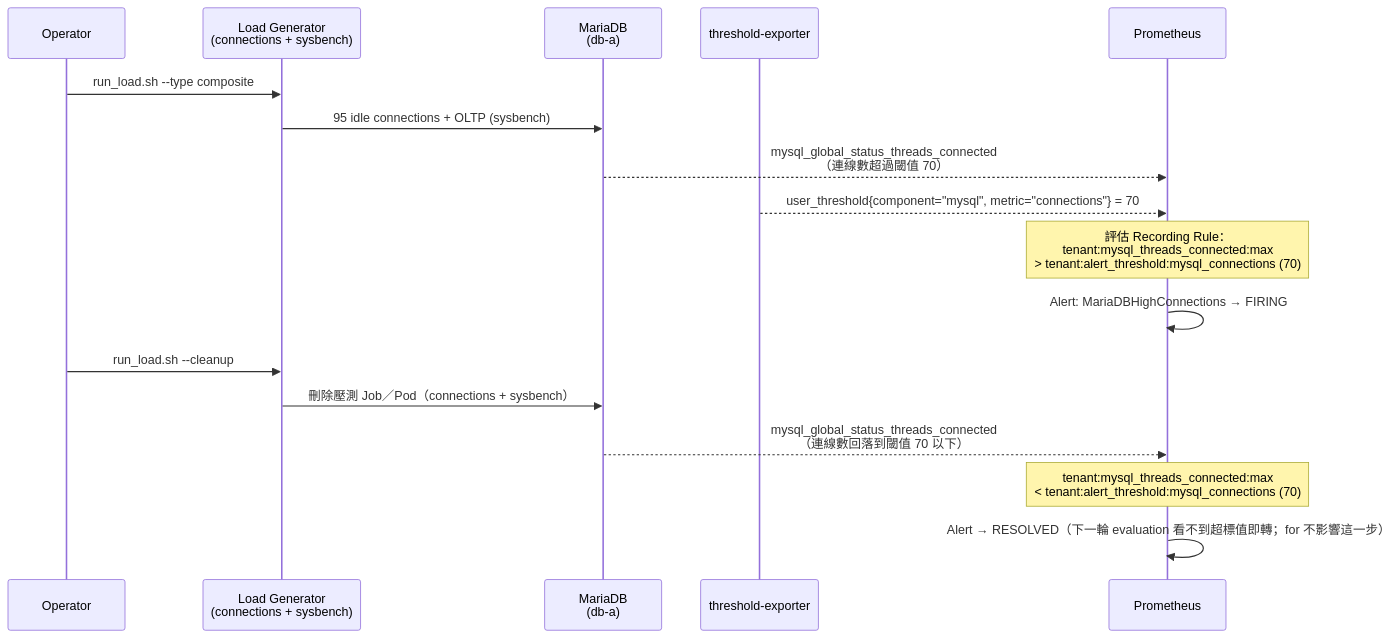
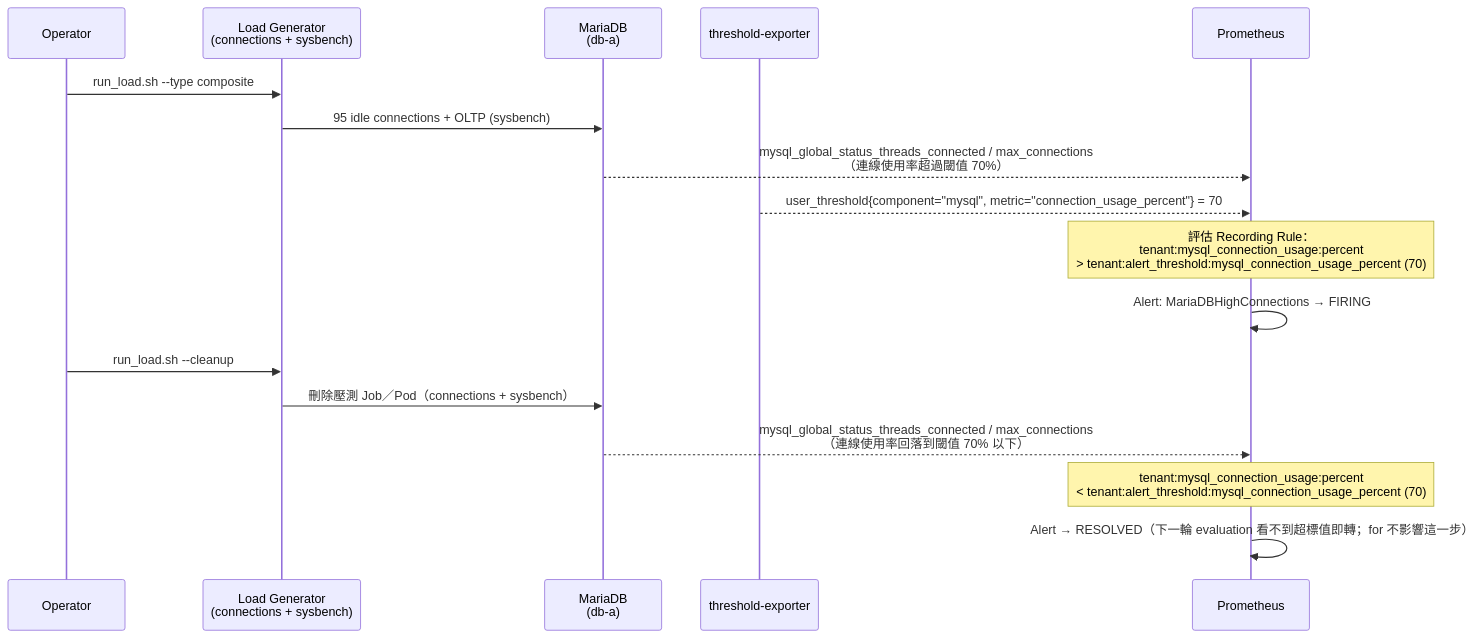
Before and after one commit to vencil/Dynamic-Alerting-Integrations: the diagram in docs/scenarios/verified-scenarios.md, drawn with Mermaid. The commit also changed other lines of this file and 131 other files, not shown here.

First line of the commit message:
refactor(rule-packs)!: MariaDB 連線閾值改為佔 max_connections 的 %，mysql_threads_running 不再預設出貨（#3778）

````diff
--- a/docs/scenarios/verified-scenarios.md
+++ b/docs/scenarios/verified-scenarios.md
@@ -95,25 +95,25 @@
 ```mermaid
 sequenceDiagram
     participant Op as Operator
     participant LG as Load Generator<br/>(connections + sysbench)
     participant DB as MariaDB<br/>(db-a)
     participant TE as threshold-exporter
     participant PM as Prometheus
 
     Op->>LG: run_load.sh --type composite
     LG->>DB: 95 idle connections + OLTP (sysbench)
-    DB-->>PM: mysql_global_status_threads_connected<br/>（連線數超過閾值 70）
-    TE-->>PM: user_threshold{component="mysql", metric="connections"} = 70
+    DB-->>PM: mysql_global_status_threads_connected / max_connections<br/>（連線使用率超過閾值 70%）
+    TE-->>PM: user_threshold{component="mysql", metric="connection_usage_percent"} = 70
 
-    Note over PM: 評估 Recording Rule：<br/>tenant:mysql_threads_connected:max<br/>> tenant:alert_threshold:mysql_connections (70)
+    Note over PM: 評估 Recording Rule：<br/>tenant:mysql_connection_usage:percent<br/>> tenant:alert_threshold:mysql_connection_usage_percent (70)
 
     PM->>PM: Alert: MariaDBHighConnections → FIRING
 
     Op->>LG: run_load.sh --cleanup
     LG->>DB: 刪除壓測 Job／Pod（connections + sysbench）
-    DB-->>PM: mysql_global_status_threads_connected<br/>（連線數回落到閾值 70 以下）
+    DB-->>PM: mysql_global_status_threads_connected / max_connections<br/>（連線使用率回落到閾值 70% 以下）
 
-    Note over PM: tenant:mysql_threads_connected:max<br/>< tenant:alert_threshold:mysql_connections (70)
+    Note over PM: tenant:mysql_connection_usage:percent<br/>< tenant:alert_threshold:mysql_connection_usage_percent (70)
 
     PM->>PM: Alert → RESOLVED（下一輪 evaluation 看不到超標值即轉；for 不影響這一步）
 ```
````
